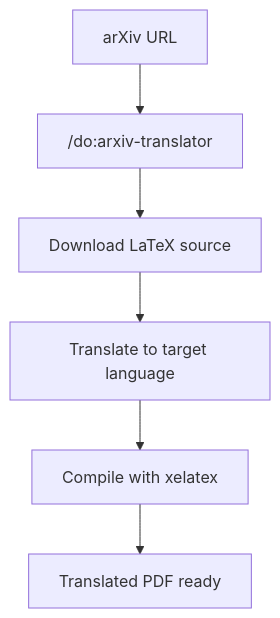
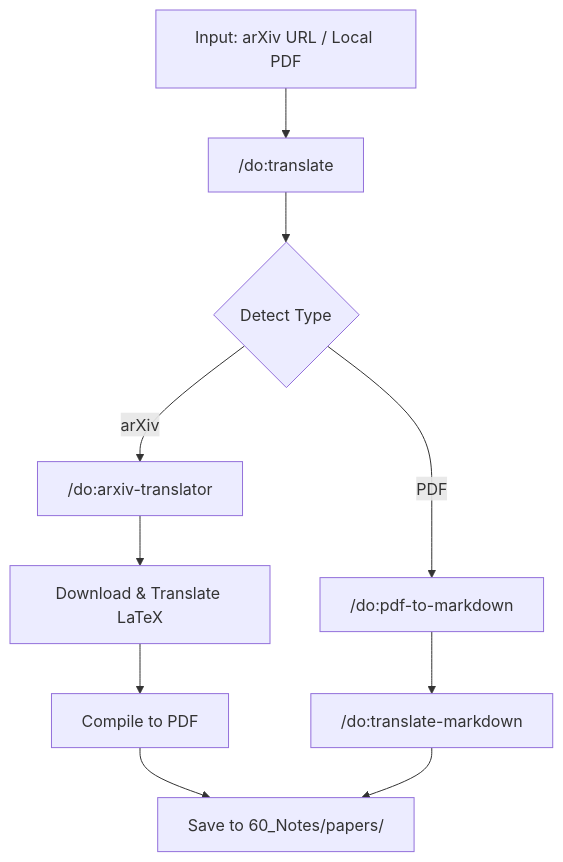
One commit to dull-bird/DeepOrbit changed the seventh of 8 diagrams in README.md. Above: the diagram before and after it, drawn with Mermaid. The commit also changed 1 other file, not shown here.

Commit message:
feat: update translation workflow diagram to include local PDF input and detailed processing paths.

````diff
--- a/README.md
+++ b/README.md
@@ -231,8 +231,11 @@
 ```mermaid
 flowchart TD
-    A["arXiv URL"] --> B["/do:arxiv-translator"]
-    B --> C["Download LaTeX source"]
-    C --> D["Translate to target language"]
-    D --> E["Compile with xelatex"]
-    E --> F["Translated PDF ready"]
+    A["Input: arXiv URL / Local PDF"] --> B["/do:translate"]
+    B --> C{Detect Type}
+    C -->|arXiv| D["/do:arxiv-translator"]
+    D --> E["Download & Translate LaTeX"]
+    E --> F["Compile to PDF"]
+    C -->|PDF| G["/do:pdf-to-markdown"]
+    G --> H["/do:translate-markdown"]
+    F & H --> I["Save to 60_Notes/papers/"]
 ```
````
